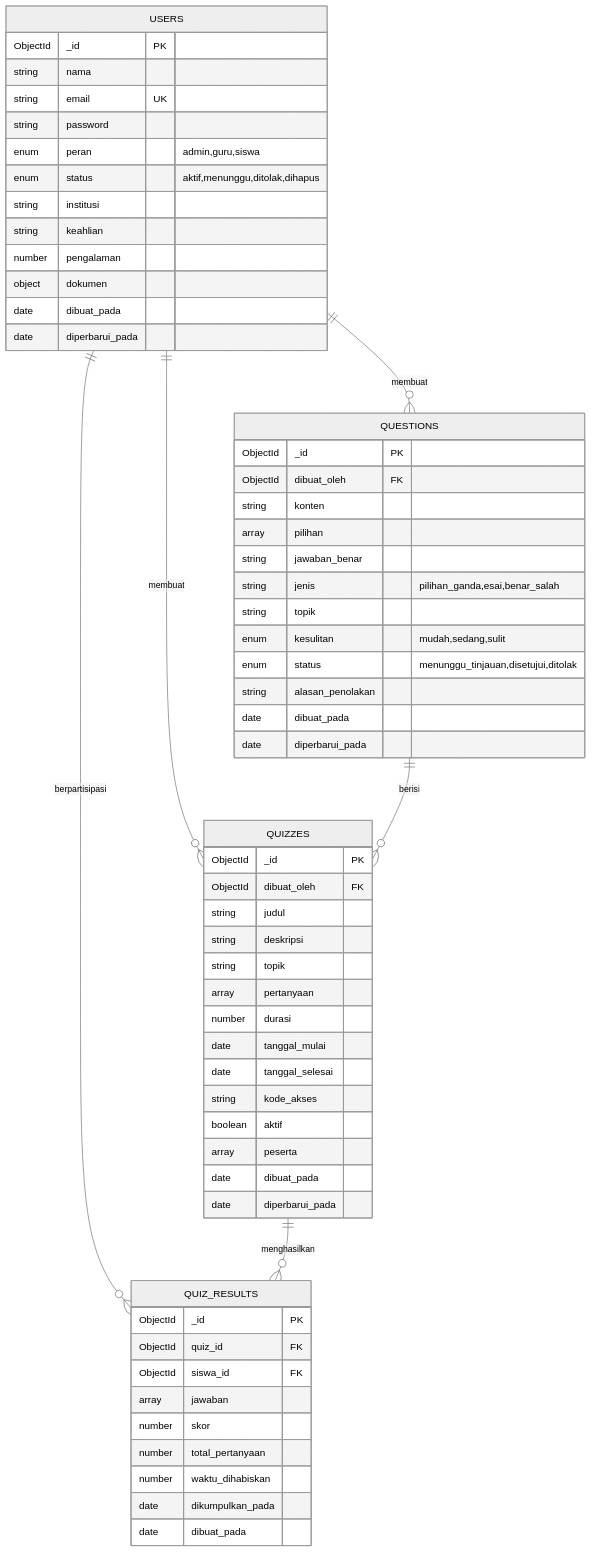
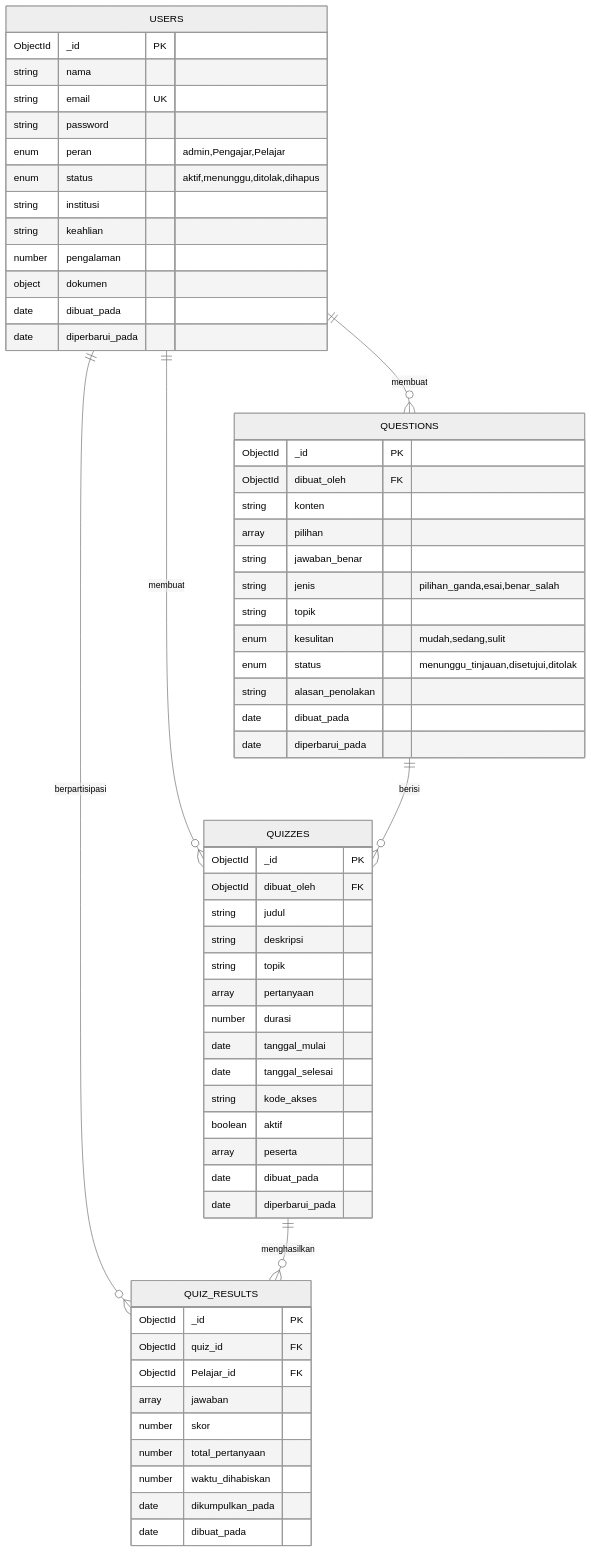
One commit to jonito2005/exam-expert-ai-docs changed the second of 3 diagrams in system-architecture.md. Above: the diagram before and after it, drawn with Mermaid (neutral theme). The commit also changed other lines of this file and 4 other files, not shown here.

````diff
--- a/system-architecture.md
+++ b/system-architecture.md
@@ -150,67 +150,67 @@
 ```mermaid
 erDiagram
     USERS {
         ObjectId _id PK
         string nama
         string email UK
         string password
-        enum peran "admin,guru,siswa"
+        enum peran "admin,Pengajar,Pelajar"
         enum status "aktif,menunggu,ditolak,dihapus"
         string institusi
         string keahlian
         number pengalaman
         object dokumen
         date dibuat_pada
         date diperbarui_pada
     }
 
     QUESTIONS {
         ObjectId _id PK
         ObjectId dibuat_oleh FK
         string konten
         array pilihan
         string jawaban_benar
         string jenis "pilihan_ganda,esai,benar_salah"
         string topik
         enum kesulitan "mudah,sedang,sulit"
         enum status "menunggu_tinjauan,disetujui,ditolak"
         string alasan_penolakan
         date dibuat_pada
         date diperbarui_pada
     }
 
     QUIZZES {
         ObjectId _id PK
         ObjectId dibuat_oleh FK
         string judul
         string deskripsi
         string topik
         array pertanyaan
         number durasi
         date tanggal_mulai
         date tanggal_selesai
         string kode_akses
         boolean aktif
         array peserta
         date dibuat_pada
         date diperbarui_pada
     }
 
     QUIZ_RESULTS {
         ObjectId _id PK
         ObjectId quiz_id FK
-        ObjectId siswa_id FK
+        ObjectId Pelajar_id FK
         array jawaban
         number skor
         number total_pertanyaan
         number waktu_dihabiskan
         date dikumpulkan_pada
         date dibuat_pada
     }
 
     USERS ||--o{ QUESTIONS : membuat
     USERS ||--o{ QUIZZES : membuat
     USERS ||--o{ QUIZ_RESULTS : berpartisipasi
     QUIZZES ||--o{ QUIZ_RESULTS : menghasilkan
     QUESTIONS ||--o{ QUIZZES : berisi
 ```
````
